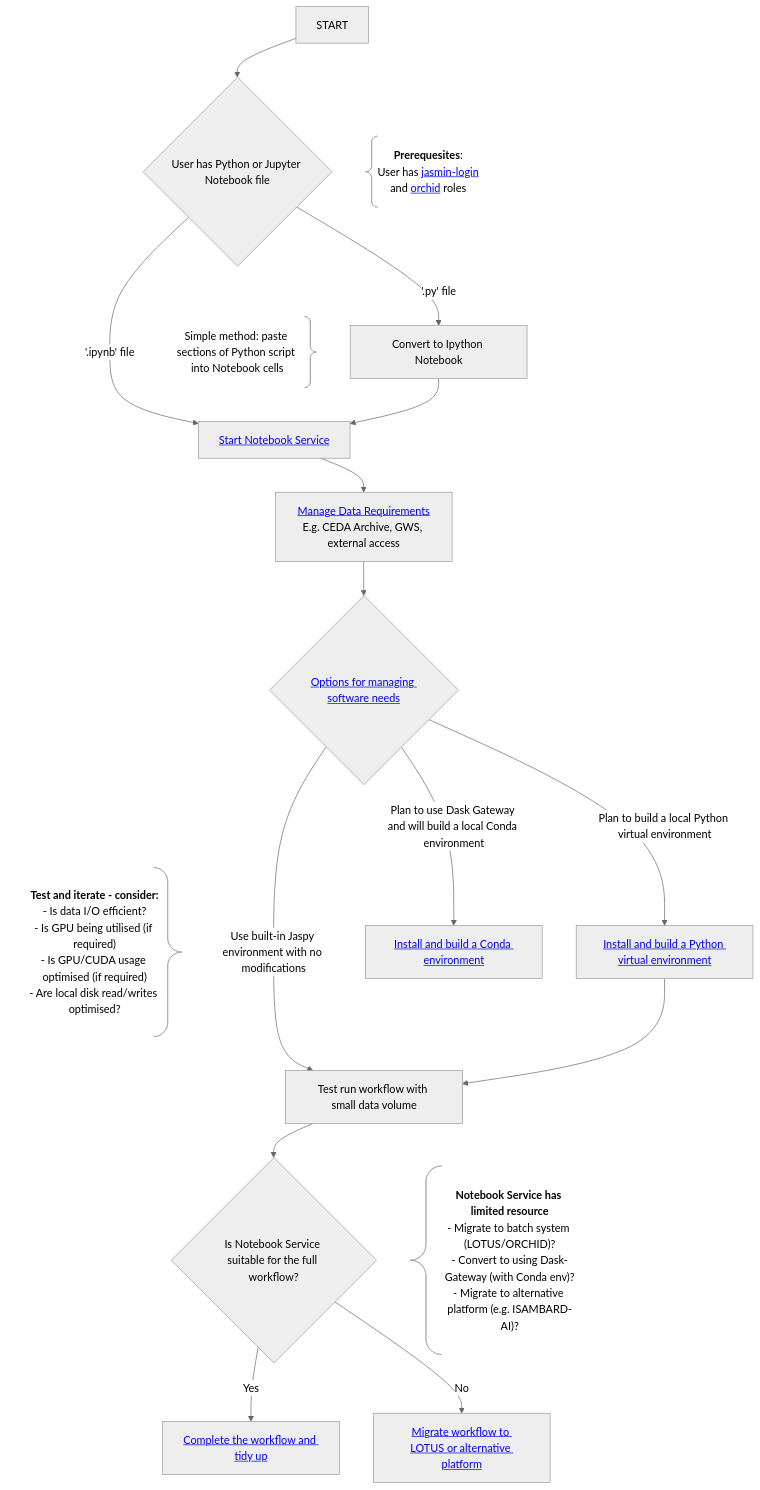
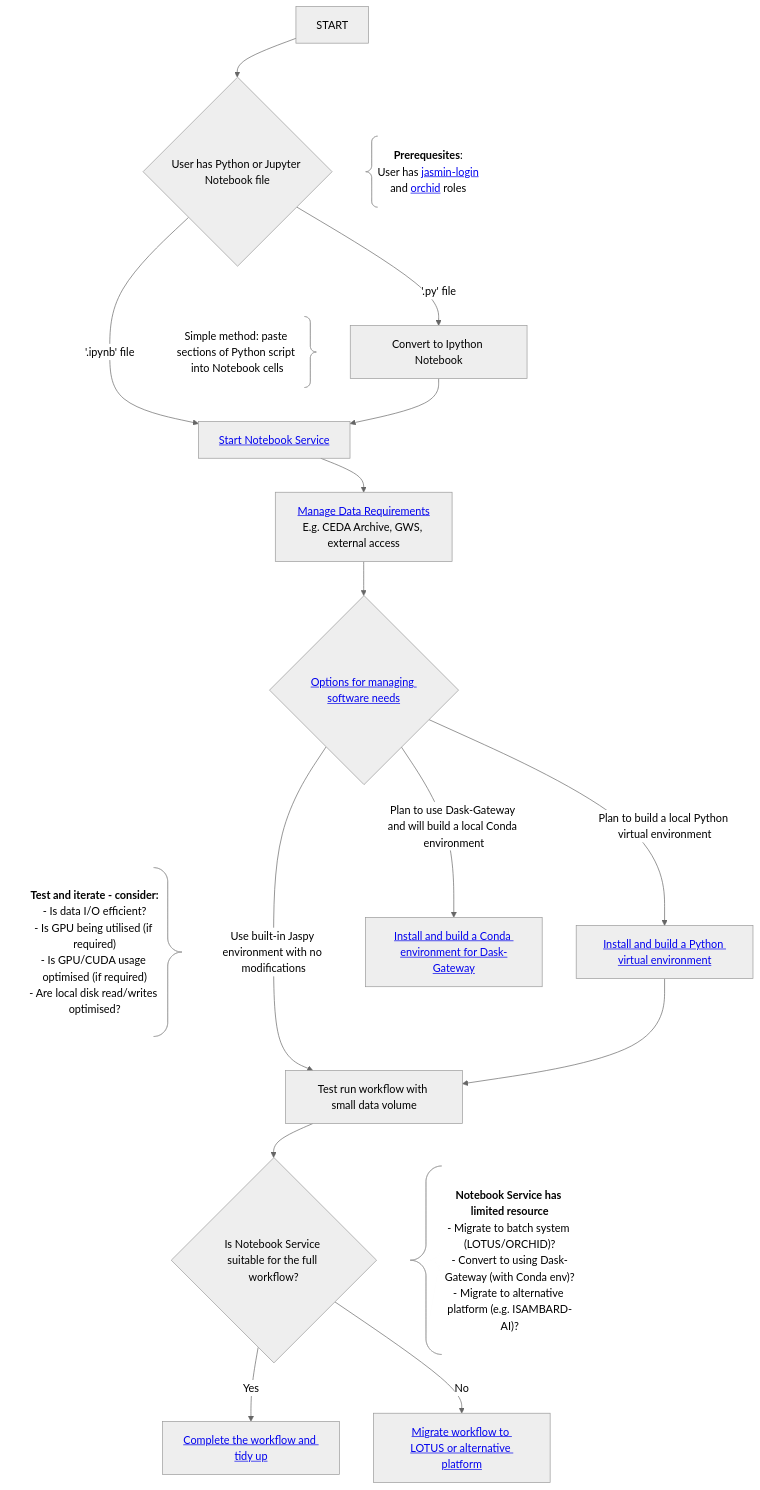
Before and after one commit to agstephens/proto-jasmin-mermaid-docs: the first of 2 diagrams in README.md, drawn with Mermaid (neutral theme). The commit also changed other lines of this file, not shown here.

````diff
--- a/README.md
+++ b/README.md
@@ -13,42 +13,42 @@
 ```mermaid
  flowchart TD
     START --> PY_IPYNB{User has Python or Jupyter Notebook file}
 
     START ~~~ C1@{ shape: brace-l, label: "<b>Prerequesites</b>:
         User has <a href='http://help.jasmin.ac.uk/docs/getting-started/get-login-account/'>jasmin-login</a> 
         and <a href='https://help.jasmin.ac.uk/docs/batch-computing/orchid-gpu-cluster/#request-access-to-orchid'>orchid</a> roles" }
 
     PY_IPYNB -->|'.ipynb' file| START_NBS[<a href="https://help.jasmin.ac.uk/docs/interactive-computing/jasmin-notebooks-service/#using-the-jasmin-notebook-service">Start Notebook Service</a>]
     PY_IPYNB -->|'.py' file| CONVERT_PY[Convert to Ipython Notebook]
 
     PY_IPYNB ~~~ C2@{ shape: brace-r, label: "Simple method: paste sections of Python script into Notebook cells"}
 
     CONVERT_PY --> START_NBS
     START_NBS ~~~ C3@{ shape: brace-r, label: "Plan data inputs and outputs.<br/>Do you have space to write your data files?"}
     
     START_NBS --> DATA_NEEDS[<a href="https://github.com/agstephens/proto-jasmin-mermaid-docs/blob/main/README.md#managing-data-access">Manage Data Requirements</a><br/>E.g. CEDA Archive, GWS, external access]
 
     DATA_NEEDS --> SW_NEEDS{<a href="https://github.com/agstephens/proto-jasmin-mermaid-docs/blob/main/README.md#software-management">Options for managing software needs</a>}
 
     SW_NEEDS -->|Use built-in Jaspy environment with no modifications| TEST_RUN[Test run workflow with small data volume]
     SW_NEEDS -->|Plan to build a local Python virtual environment| VENV_INSTALL[<a href="https://github.com/agstephens/proto-jasmin-mermaid-docs/blob/main/README.md#building-virtual-environments">Install and build a Python virtual environment</a>]
-    SW_NEEDS -->|Plan to use Dask Gateway and will build a local Conda environment| CONDA_INSTALL[<a href="https://github.com/agstephens/proto-jasmin-mermaid-docs/blob/main/README.md#building-conda-environments">Install and build a Conda environment</a>]
+    SW_NEEDS -->|Plan to use Dask-Gateway and will build a local Conda environment| CONDA_INSTALL[<a href="https://github.com/agstephens/proto-jasmin-mermaid-docs/blob/main/README.md#using-dask-gateway">Install and build a Conda environment for Dask-Gateway</a>]
 
     VENV_INSTALL --> TEST_RUN
     SW_NEEDS ~~~ C3@{ shape: brace-r, label: "<b>Test and iterate - consider:</b>
     - Is data I/O efficient?
     - Is GPU being utilised (if required)
     - Is GPU/CUDA usage optimised (if required)
     - Are local disk read/writes optimised?"}
     
     TEST_RUN --> FULL_RUN{Is Notebook Service suitable for the full workflow?}
 
     TEST_RUN ~~~ C4@{ shape: brace-l, label: "**Notebook Service has limited resource**
     - Migrate to batch system (LOTUS/ORCHID)?
     - Convert to using Dask-Gateway (with Conda env)?
     - Migrate to alternative platform (e.g. ISAMBARD-AI)?"}
 
     FULL_RUN -->|Yes| COMPLETE[<a href="https://github.com/agstephens/proto-jasmin-mermaid-docs/blob/main/README.md#workflow-completion">Complete the workflow and tidy up</a>]
     FULL_RUN -->|No| MIGRATE[<a href="https://github.com/agstephens/proto-jasmin-mermaid-docs/blob/main/README.md#workflow-migration">Migrate workflow to LOTUS or alternative platform</a>]
 
 ```
````
